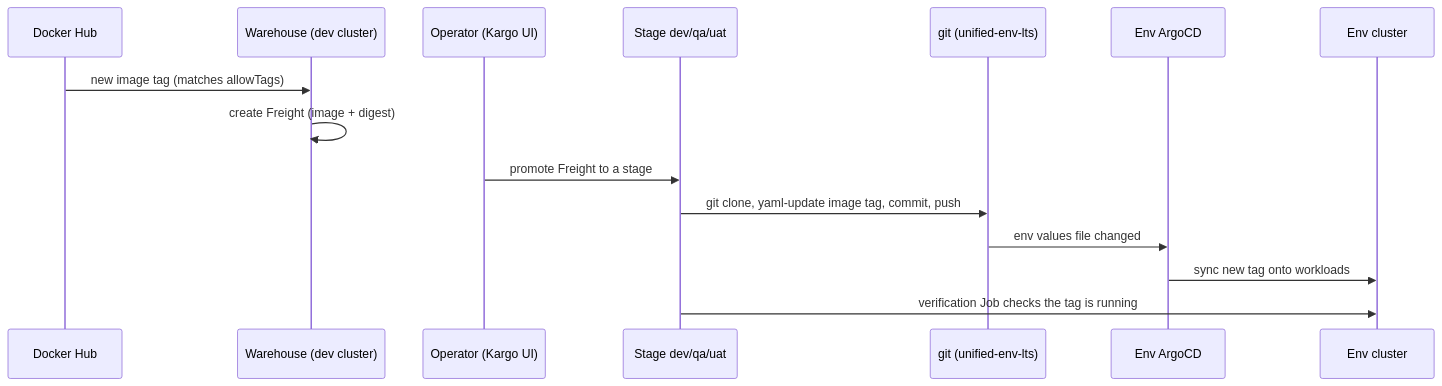
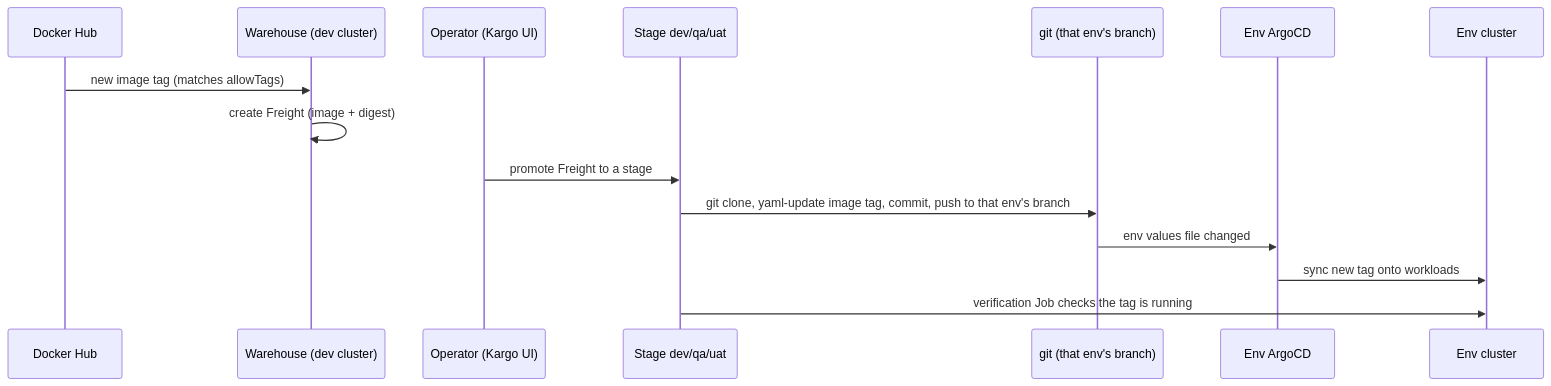
Before and after one commit to egovernments/DIGIT-DevOps: the second of 2 diagrams in docs/kargo/1. Overview.md, drawn with Mermaid. The commit also changed other lines of this file and 3 other files, not shown here.

````diff
--- a/docs/kargo/1. Overview.md
+++ b/docs/kargo/1. Overview.md
@@ -85,18 +92,18 @@
 ```mermaid
 sequenceDiagram
   participant Reg as Docker Hub
   participant WH as Warehouse (dev cluster)
   participant User as Operator (Kargo UI)
   participant Stage as Stage dev/qa/uat
-  participant Git as git (unified-env-lts)
+  participant Git as git (that env's branch)
   participant Argo as Env ArgoCD
   participant Cl as Env cluster
 
   Reg->>WH: new image tag (matches allowTags)
   WH->>WH: create Freight (image + digest)
   User->>Stage: promote Freight to a stage
-  Stage->>Git: git clone, yaml-update image tag, commit, push
+  Stage->>Git: git clone, yaml-update image tag, commit, push to that env's branch
   Git->>Argo: env values file changed
   Argo->>Cl: sync new tag onto workloads
   Stage->>Cl: verification Job checks the tag is running
 ```
````
